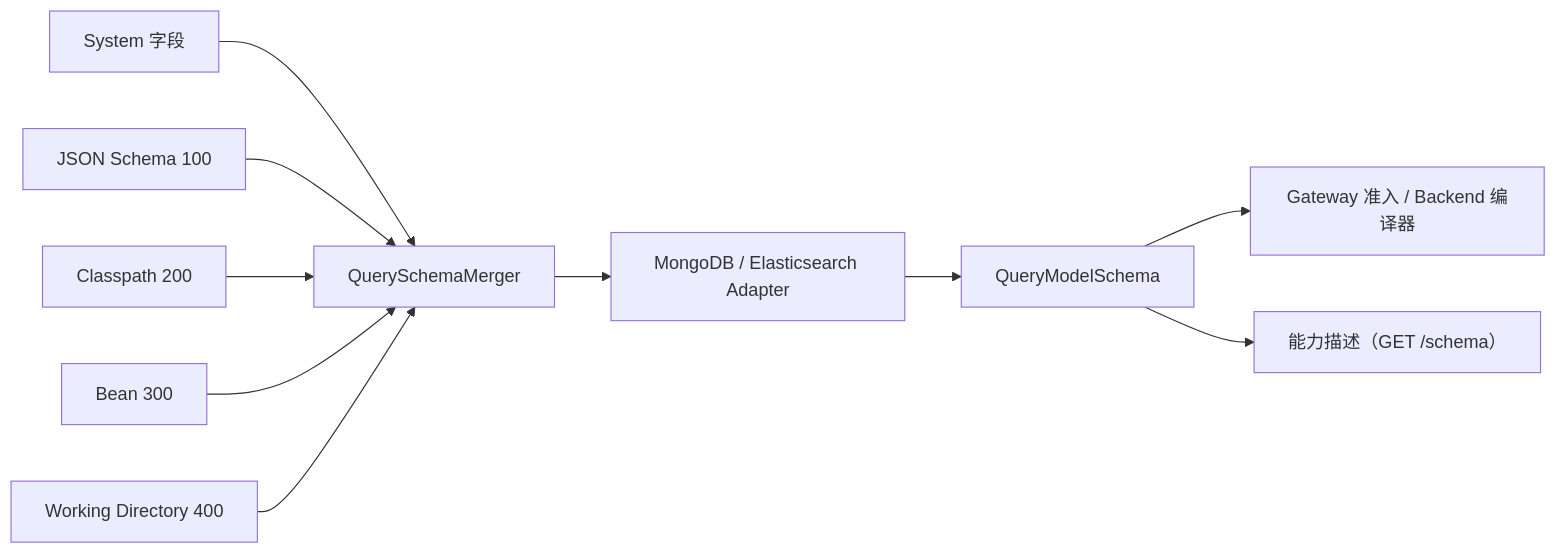
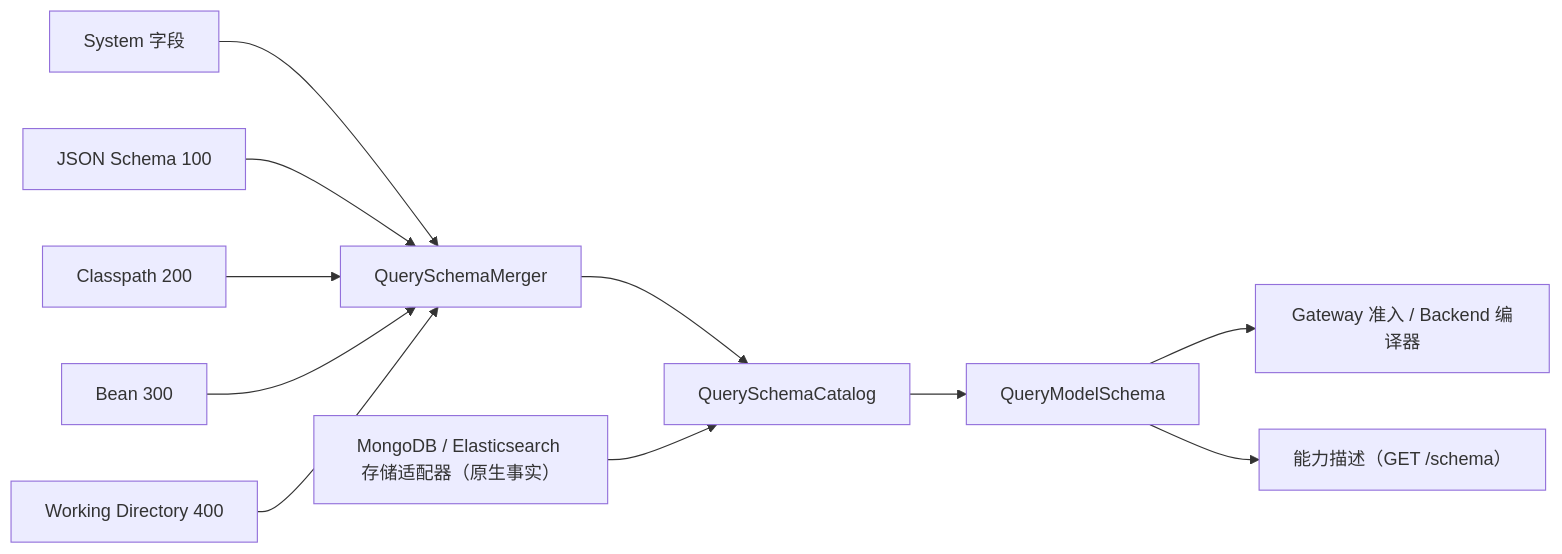
Before and after one commit to Ahoo-Wang/Wow: the diagram in documentation/docs/zh/guide/query/query-model-schema.md, drawn with Mermaid. The commit also changed 109 other files, not shown here.

First line of the commit message:
refactor(query): the core Catalog compiles every model from storage facts; one HTTP budget (#3595)

````diff
--- a/documentation/docs/zh/guide/query/query-model-schema.md
+++ b/documentation/docs/zh/guide/query/query-model-schema.md
@@ -59,12 +59,13 @@
 ```mermaid
 flowchart LR
     System["System 字段"] --> Merger["QuerySchemaMerger"]
     Json["JSON Schema 100"] --> Merger
     Classpath["Classpath 200"] --> Merger
     Bean["Bean 300"] --> Merger
     Working["Working Directory 400"] --> Merger
-    Merger --> Adapter["MongoDB / Elasticsearch Adapter"]
-    Adapter --> Schema["QueryModelSchema"]
+    Merger --> Catalog["QuerySchemaCatalog"]
+    Adapter["MongoDB / Elasticsearch 存储适配器（原生事实）"] --> Catalog
+    Catalog --> Schema["QueryModelSchema"]
     Schema --> Gateway["Gateway 准入 / Backend 编译器"]
     Schema --> HTTP["能力描述（GET /schema）"]
 ```
````
